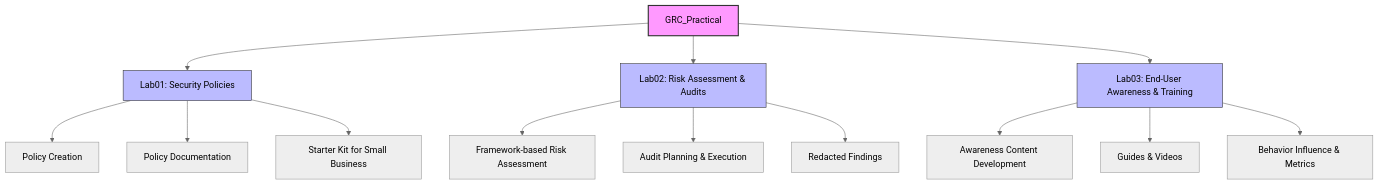
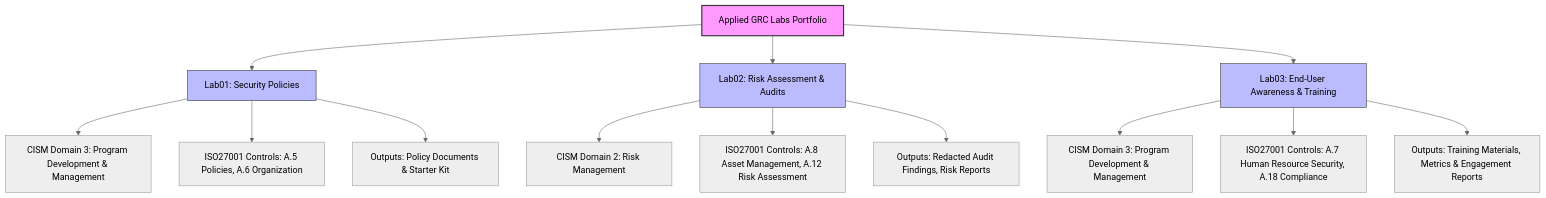
Before and after one commit to MoCyberSecurity/GRC_Practical: the diagram in README.md, drawn with Mermaid (neutral theme).

````diff
--- a/README.md
+++ b/README.md
@@ -29,23 +29,28 @@
 ```mermaid
 flowchart TD
-    A[GRC_Practical] --> B[Lab01: Security Policies]
+    A[Applied GRC Labs Portfolio] 
+
+    %% Lab01: Security Policies
+    A --> B[Lab01: Security Policies]
+    B --> B1[CISM Domain 3: Program Development & Management]
+    B --> B2[ISO27001 Controls: A.5 Policies, A.6 Organization]
+    B --> B3[Outputs: Policy Documents & Starter Kit]
+
+    %% Lab02: Risk Assessment & Audits
     A --> C[Lab02: Risk Assessment & Audits]
+    C --> C1[CISM Domain 2: Risk Management]
+    C --> C2[ISO27001 Controls: A.8 Asset Management, A.12 Risk Assessment]
+    C --> C3[Outputs: Redacted Audit Findings, Risk Reports]
+
+    %% Lab03: End-User Awareness & Training
     A --> D[Lab03: End-User Awareness & Training]
+    D --> D1[CISM Domain 3: Program Development & Management]
+    D --> D2[ISO27001 Controls: A.7 Human Resource Security, A.18 Compliance]
+    D --> D3[Outputs: Training Materials, Metrics & Engagement Reports]
 
-    B --> B1[Policy Creation]
-    B --> B2[Policy Documentation]
-    B --> B3[Starter Kit for Small Business]
-
-    C --> C1[Framework-based Risk Assessment]
-    C --> C2[Audit Planning & Execution]
-    C --> C3[Redacted Findings]
-
-    D --> D1[Awareness Content Development]
-    D --> D2[Guides & Videos]
-    D --> D3[Behavior Influence & Metrics]
-
+    %% Styling
     style A fill:#f9f,stroke:#333,stroke-width:2px
     style B fill:#bbf,stroke:#333
     style C fill:#bbf,stroke:#333
     style D fill:#bbf,stroke:#333
 ```
````
